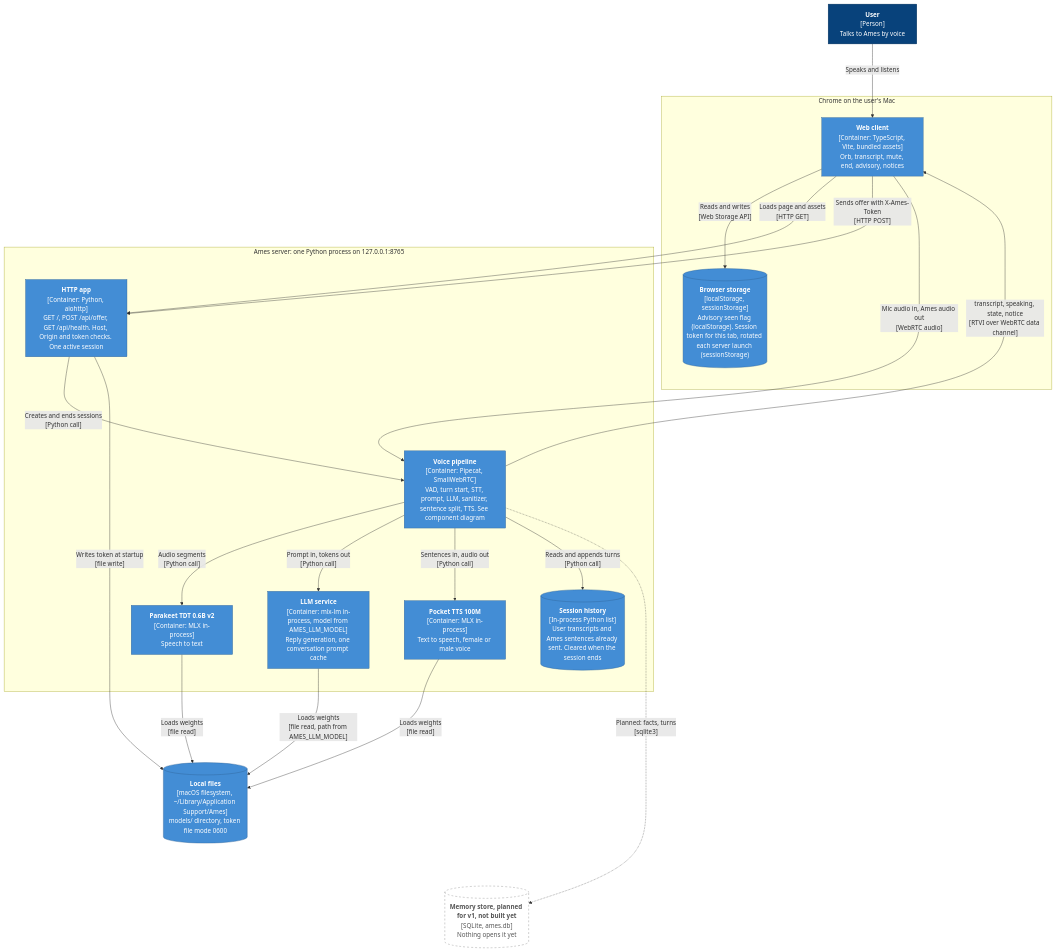
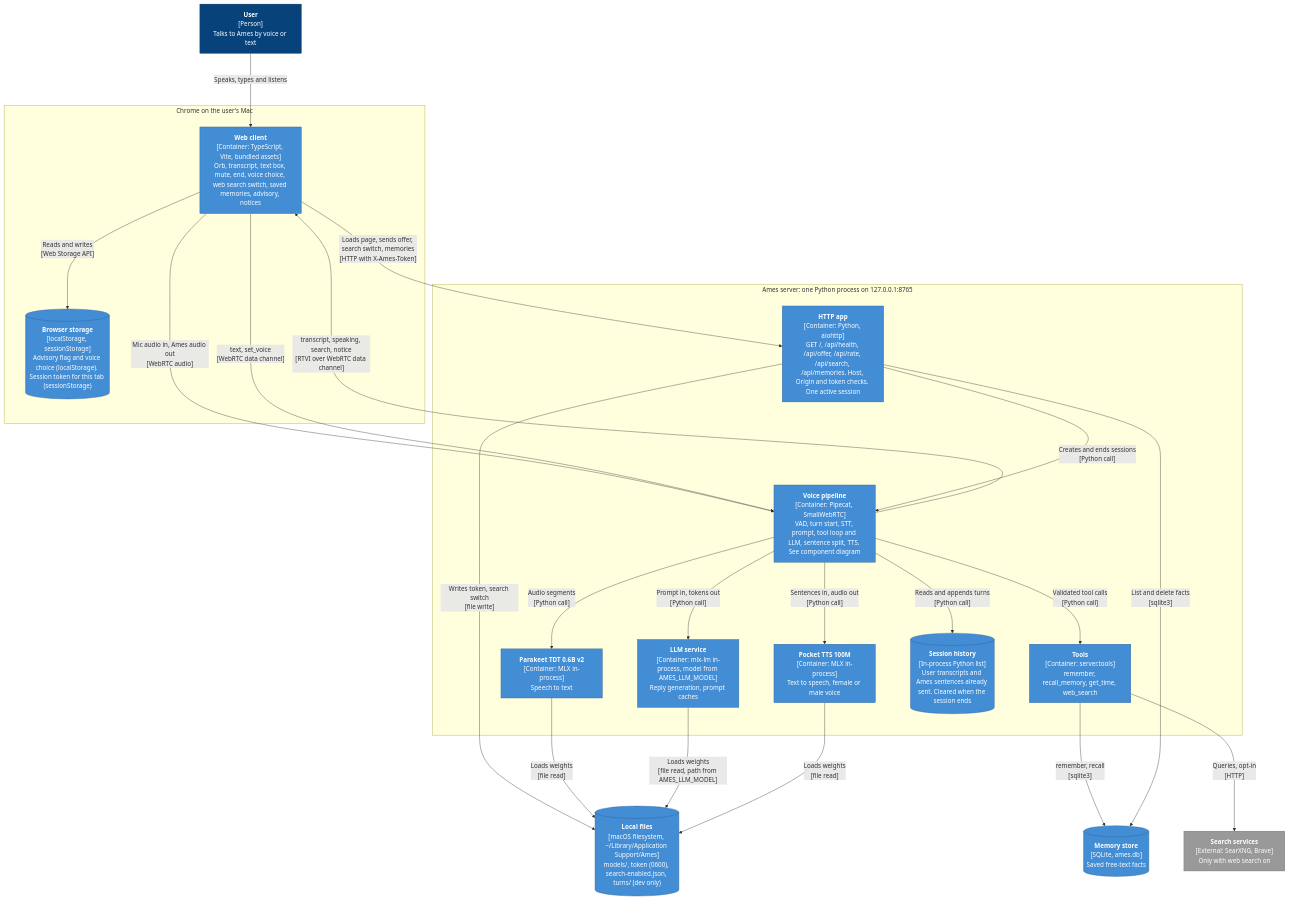
One commit to AnirudhDesai777/ames changed the diagram in docs/architecture/c4-containers.md. Above: the diagram before and after it, drawn with Mermaid. The commit also changed other lines of this file and 18 other files, not shown here.

First line of the commit message:
docs: rewrite READMEs and architecture diagrams for public readers (#140)

````diff
--- a/docs/architecture/c4-containers.md
+++ b/docs/architecture/c4-containers.md
@@ -9,48 +9,51 @@
 ```mermaid
 %%{init: {"flowchart": {"nodeSpacing": 90, "rankSpacing": 110}}}%%
 flowchart TB
-    user["<b>User</b><br/>[Person]<br/>Talks to Ames by voice"]
+    user["<b>User</b><br/>[Person]<br/>Talks to Ames by voice or text"]
 
     subgraph chrome["Chrome on the user's Mac"]
-        web["<b>Web client</b><br/>[Container: TypeScript, Vite, bundled assets]<br/>Orb, transcript, mute, end, advisory, notices"]
-        ls[("<b>Browser storage</b><br/>[localStorage, sessionStorage]<br/>Advisory seen flag (localStorage). Session token for this tab, rotated each server launch (sessionStorage)")]
+        web["<b>Web client</b><br/>[Container: TypeScript, Vite, bundled assets]<br/>Orb, transcript, text box, mute, end, voice choice, web search switch, saved memories, advisory, notices"]
+        ls[("<b>Browser storage</b><br/>[localStorage, sessionStorage]<br/>Advisory flag and voice choice (localStorage). Session token for this tab (sessionStorage)")]
     end
 
     subgraph server["Ames server: one Python process on 127.0.0.1:8765"]
-        http["<b>HTTP app</b><br/>[Container: Python, aiohttp]<br/>GET /, POST /api/offer, GET /api/health. Host, Origin and token checks. One active session"]
-        pipeline["<b>Voice pipeline</b><br/>[Container: Pipecat, SmallWebRTC]<br/>VAD, turn start, STT, prompt, LLM, sanitizer, sentence split, TTS. See component diagram"]
+        http["<b>HTTP app</b><br/>[Container: Python, aiohttp]<br/>GET /, /api/health, /api/offer, /api/rate, /api/search, /api/memories. Host, Origin and token checks. One active session"]
+        pipeline["<b>Voice pipeline</b><br/>[Container: Pipecat, SmallWebRTC]<br/>VAD, turn start, STT, prompt, tool loop and LLM, sentence split, TTS. See component diagram"]
         stt["<b>Parakeet TDT 0.6B v2</b><br/>[Container: MLX in-process]<br/>Speech to text"]
-        llm["<b>LLM service</b><br/>[Container: mlx-lm in-process, model from AMES_LLM_MODEL]<br/>Reply generation, one conversation prompt cache"]
+        llm["<b>LLM service</b><br/>[Container: mlx-lm in-process, model from AMES_LLM_MODEL]<br/>Reply generation, prompt caches"]
         tts["<b>Pocket TTS 100M</b><br/>[Container: MLX in-process]<br/>Text to speech, female or male voice"]
+        tools["<b>Tools</b><br/>[Container: server.tools]<br/>remember, recall_memory, get_time, web_search"]
         hist[("<b>Session history</b><br/>[In-process Python list]<br/>User transcripts and Ames sentences already sent. Cleared when the session ends")]
     end
 
-    files[("<b>Local files</b><br/>[macOS filesystem, ~/Library/Application Support/Ames]<br/>models/ directory, token file mode 0600")]
-    mem[("<b>Memory store, planned for v1, not built yet</b><br/>[SQLite, ames.db]<br/>Nothing opens it yet")]
+    files[("<b>Local files</b><br/>[macOS filesystem, ~/Library/Application Support/Ames]<br/>models/, token (0600), search-enabled.json, turns/ (dev only)")]
+    mem[("<b>Memory store</b><br/>[SQLite, ames.db]<br/>Saved free-text facts")]
+    search["<b>Search services</b><br/>[External: SearXNG, Brave]<br/>Only with web search on"]
 
-    user -->|"Speaks and listens"| web
+    user -->|"Speaks, types and listens"| web
     web -->|"Reads and writes<br/>[Web Storage API]"| ls
-    web -->|"Loads page and assets<br/>[HTTP GET]"| http
-    web -->|"Sends offer with X-Ames-Token<br/>[HTTP POST]"| http
+    web -->|"Loads page, sends offer, search switch, memories<br/>[HTTP with X-Ames-Token]"| http
     web -->|"Mic audio in, Ames audio out<br/>[WebRTC audio]"| pipeline
-    pipeline -->|"transcript, speaking, state, notice<br/>[RTVI over WebRTC data channel]"| web
+    web -->|"text, set_voice<br/>[WebRTC data channel]"| pipeline
+    pipeline -->|"transcript, speaking, search, notice<br/>[RTVI over WebRTC data channel]"| web
     http -->|"Creates and ends sessions<br/>[Python call]"| pipeline
     pipeline -->|"Audio segments<br/>[Python call]"| stt
     pipeline -->|"Prompt in, tokens out<br/>[Python call]"| llm
     pipeline -->|"Sentences in, audio out<br/>[Python call]"| tts
+    pipeline -->|"Validated tool calls<br/>[Python call]"| tools
     pipeline -->|"Reads and appends turns<br/>[Python call]"| hist
-    http -->|"Writes token at startup<br/>[file write]"| files
+    tools -->|"remember, recall<br/>[sqlite3]"| mem
+    http -->|"List and delete facts<br/>[sqlite3]"| mem
+    tools -->|"Queries, opt-in<br/>[HTTP]"| search
+    http -->|"Writes token, search switch<br/>[file write]"| files
     stt -->|"Loads weights<br/>[file read]"| files
     llm -->|"Loads weights<br/>[file read, path from AMES_LLM_MODEL]"| files
     tts -->|"Loads weights<br/>[file read]"| files
-    pipeline -.->|"Planned: facts, turns<br/>[sqlite3]"| mem
-    tts ~~~ mem
-    files ~~~ mem
 
     classDef person fill:#08427b,stroke:#052e56,color:#ffffff
     classDef cont fill:#438dd5,stroke:#2e6295,color:#ffffff
-    classDef planned fill:#ffffff,stroke:#888888,color:#555555,stroke-dasharray: 5 5
+    classDef ext fill:#999999,stroke:#6b6b6b,color:#ffffff
     class user person
-    class web,http,pipeline,stt,llm,tts,ls,hist,files cont
-    class mem planned
+    class web,http,pipeline,stt,llm,tts,tools,ls,hist,files,mem cont
+    class search ext
 ```
````
